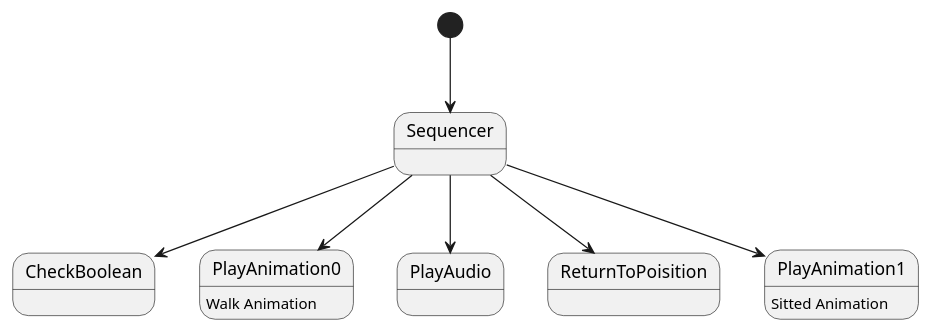
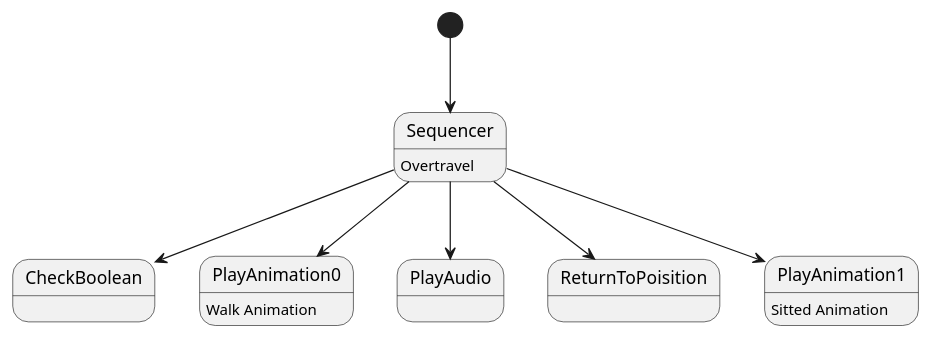
The diagram in 04. Portfolio/개발문서/BehaviourTree/Movement/Overtravel.puml (onedeo/Portfolio), drawn with PlantUML before and after one commit. The commit also changed 4 other files, not shown here.

```diff
--- a/04. Portfolio/개발문서/BehaviourTree/Movement/Overtravel.puml
+++ b/04. Portfolio/개발문서/BehaviourTree/Movement/Overtravel.puml
@@ -1,12 +1,13 @@
 @startuml
 
 [*]-->Sequencer
 Sequencer-->CheckBoolean
+Sequencer : Overtravel
 Sequencer-->PlayAnimation0
 PlayAnimation0 : Walk Animation
 Sequencer-->PlayAudio
 Sequencer-->ReturnToPoisition
 Sequencer-->PlayAnimation1
 PlayAnimation1 : Sitted Animation
 
 @enduml
```
